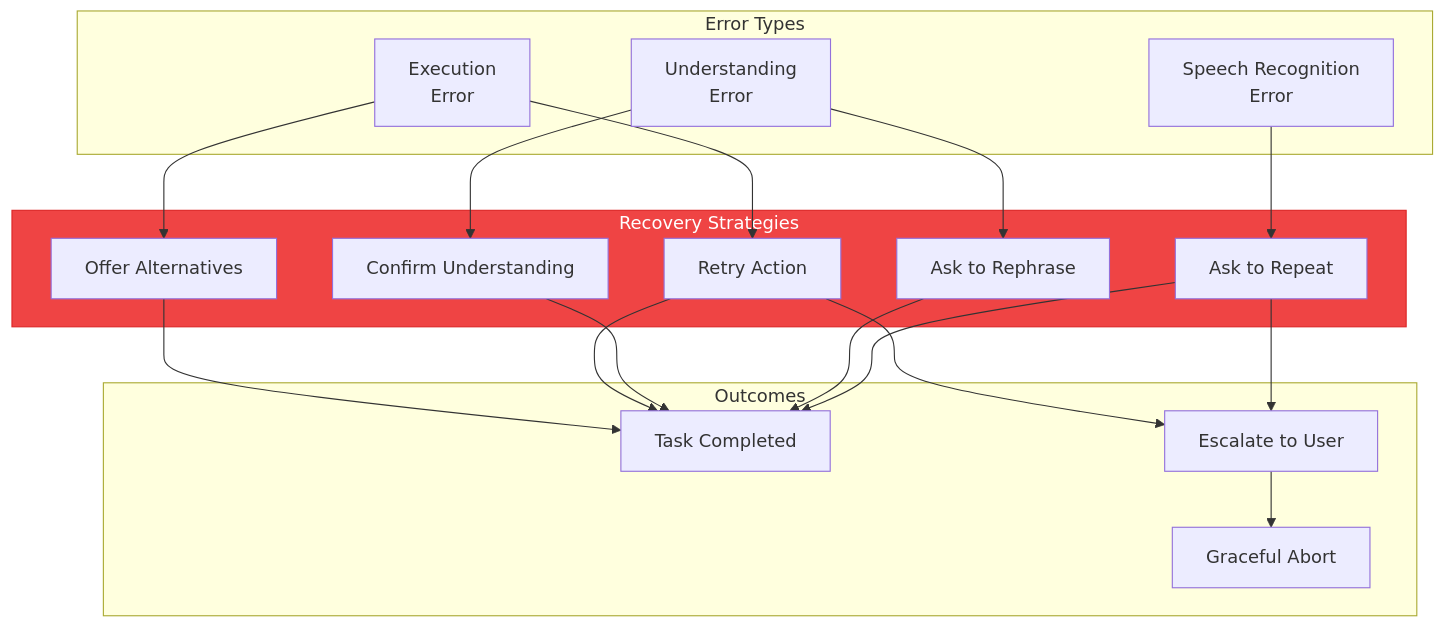
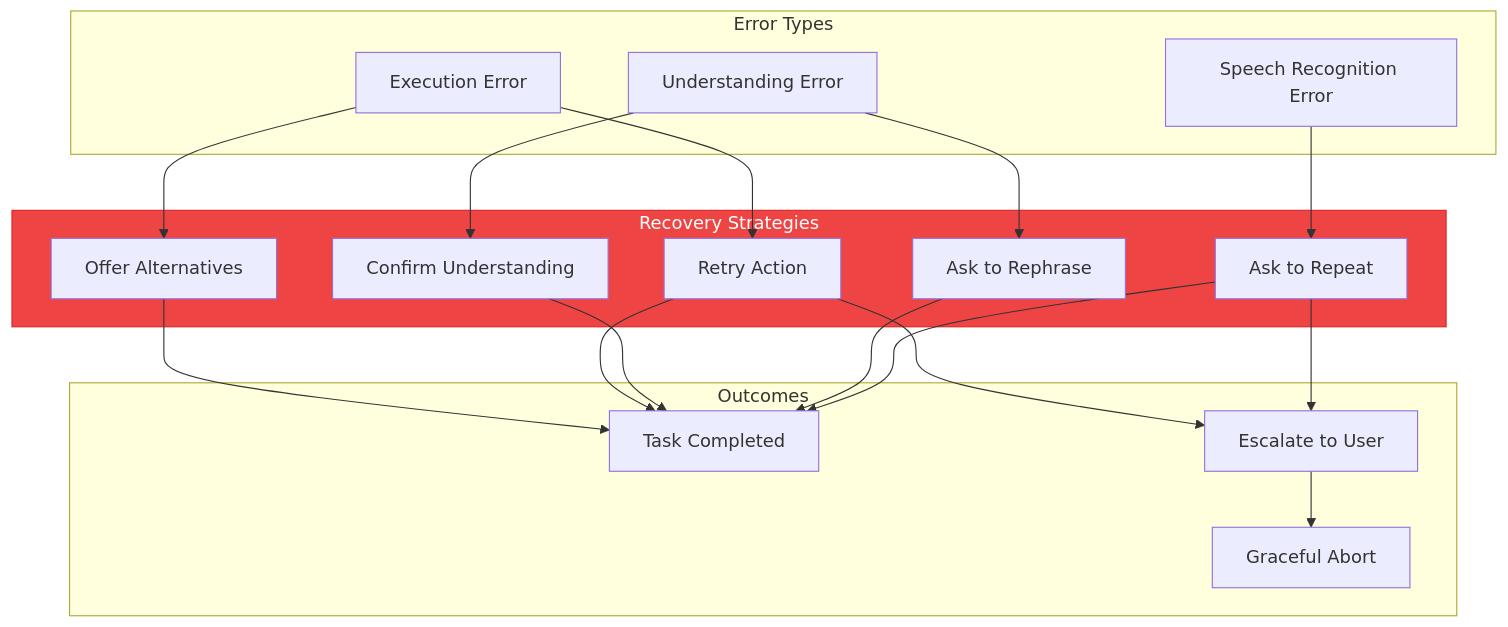
One commit to shakir-hussain1/physical-AI-and-humanoid-robotics-textbook-by-shakir-hussain changed the fourth of 5 diagrams in docs/modules/module-4-vla/chapter-16-conversation.md. Above: the diagram before and after it, drawn with Mermaid. The commit also changed other lines of this file and 17 other files, not shown here.

Commit message:
fix: Remove br tags from Mermaid diagrams causing parse errors

````diff
--- a/docs/modules/module-4-vla/chapter-16-conversation.md
+++ b/docs/modules/module-4-vla/chapter-16-conversation.md
@@ -872,40 +872,40 @@
 ```mermaid
 flowchart TD
     subgraph Error["Error Types"]
-        ASR[Speech Recognition<br/>Error]
-        NLU[Understanding<br/>Error]
-        EXEC[Execution<br/>Error]
+        ASR[Speech Recognition Error]
+        NLU[Understanding Error]
+        EXEC[Execution Error]
     end
 
     subgraph Recovery["Recovery Strategies"]
         REPEAT[Ask to Repeat]
         REPHRASE[Ask to Rephrase]
         CONFIRM[Confirm Understanding]
         RETRY[Retry Action]
         FALLBACK[Offer Alternatives]
     end
 
     subgraph Outcome["Outcomes"]
         SUCCESS[Task Completed]
         ESCALATE[Escalate to User]
         ABORT[Graceful Abort]
     end
 
     ASR --> REPEAT
     NLU --> REPHRASE
     NLU --> CONFIRM
     EXEC --> RETRY
     EXEC --> FALLBACK
 
     REPEAT --> SUCCESS
     REPHRASE --> SUCCESS
     CONFIRM --> SUCCESS
     RETRY --> SUCCESS
     FALLBACK --> SUCCESS
 
     REPEAT --> ESCALATE
     RETRY --> ESCALATE
     ESCALATE --> ABORT
 
     style Recovery fill:#ef4444,stroke:#dc2626,color:#fff
 ```
````
